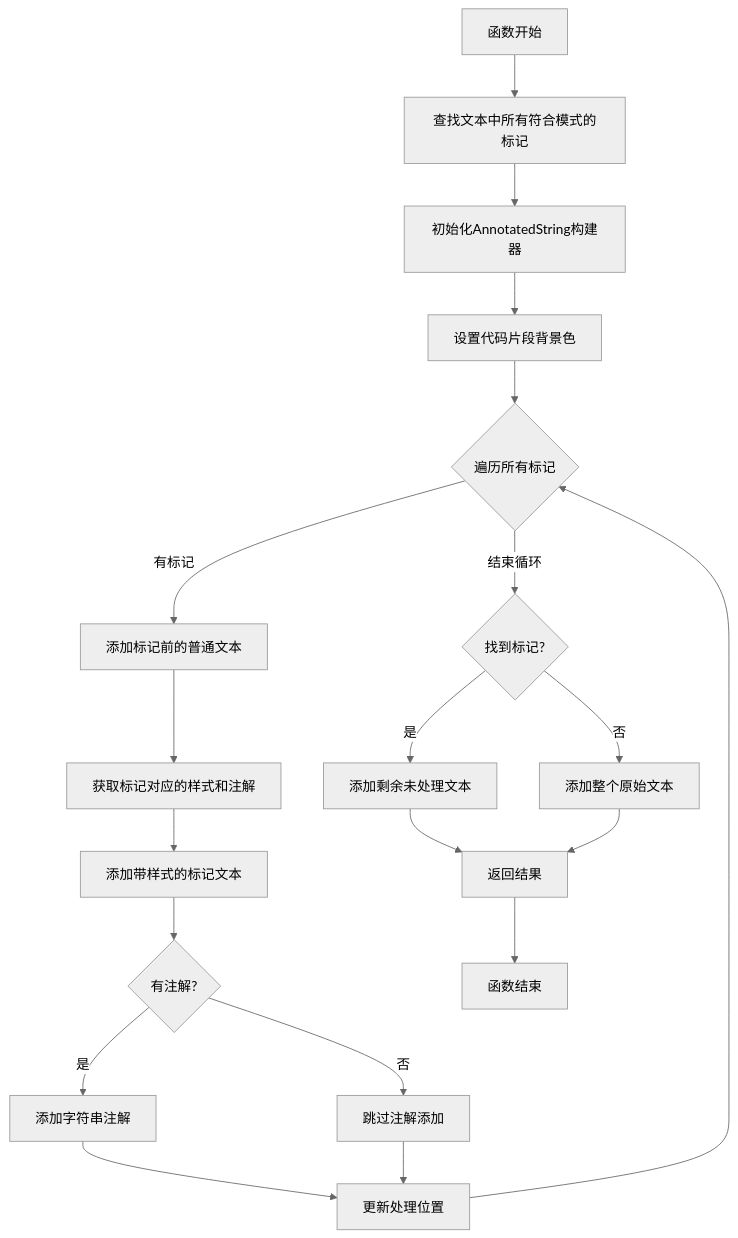
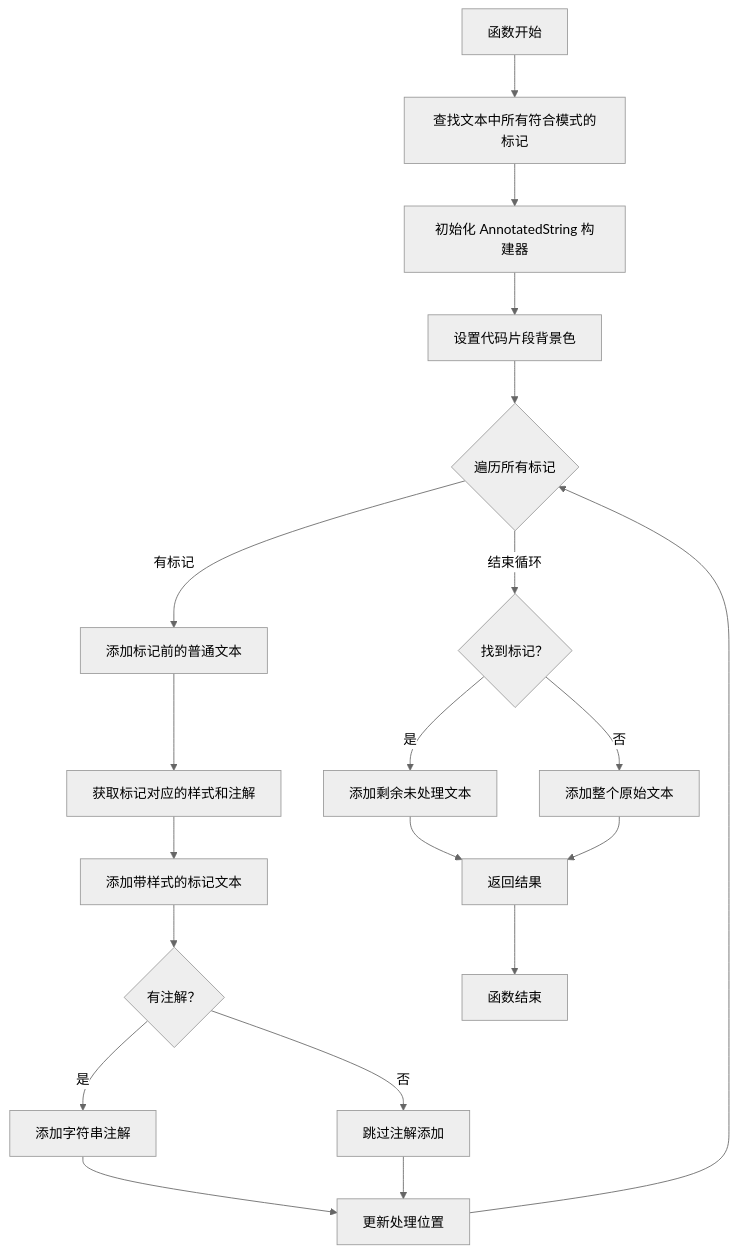
One commit to hyh19/compose-samples changed the first of 3 diagrams in Jetchat/app/src/main/java/com/example/compose/jetchat/conversation/MessageFormatter.kt.md. Above: the diagram before and after it, drawn with Mermaid (neutral theme). The commit also changed other lines of this file, not shown here.

````diff
--- a/Jetchat/app/src/main/java/com/example/compose/jetchat/conversation/MessageFormatter.kt.md
+++ b/Jetchat/app/src/main/java/com/example/compose/jetchat/conversation/MessageFormatter.kt.md
@@ -132,22 +132,22 @@
 ```mermaid
 flowchart TD
     A[函数开始] --> B[查找文本中所有符合模式的标记]
-    B --> C[初始化AnnotatedString构建器]
+    B --> C[初始化 AnnotatedString 构建器]
     C --> D[设置代码片段背景色]
     D --> E{遍历所有标记}
     E -->|有标记| F[添加标记前的普通文本]
     F --> G[获取标记对应的样式和注解]
     G --> H[添加带样式的标记文本]
-    H --> I{有注解?}
+    H --> I{有注解？}
     I -->|是| J[添加字符串注解]
     I -->|否| K[跳过注解添加]
     J --> L[更新处理位置]
     K --> L
     L --> E
-    E -->|结束循环| M{找到标记?}
+    E -->|结束循环| M{找到标记？}
     M -->|是| N[添加剩余未处理文本]
     M -->|否| O[添加整个原始文本]
     N --> P[返回结果]
     O --> P
     P --> Q[函数结束]
 ```
````
